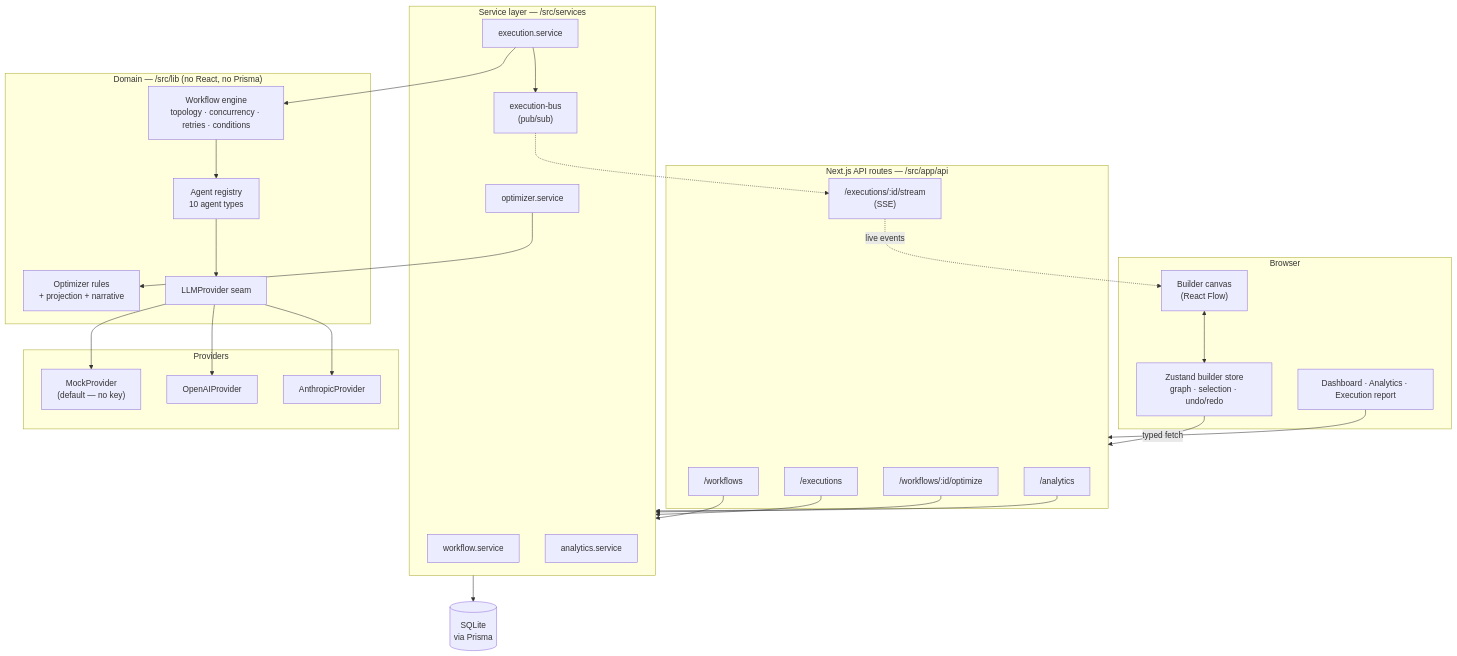
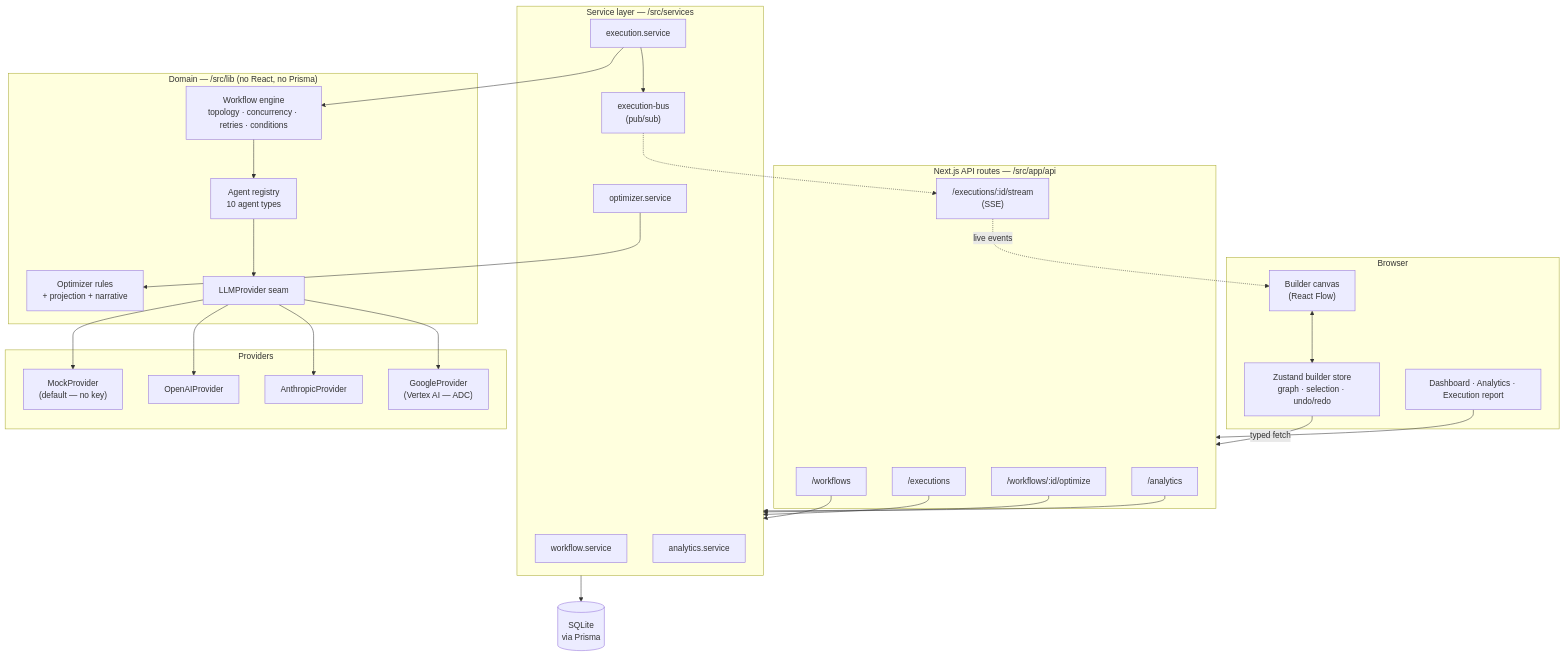
Before and after one commit to PMaruthiPrasad/Agentops-Studio: the diagram in README.md, drawn with Mermaid. The commit also changed other lines of this file and 23 other files, not shown here.

````diff
--- a/README.md
+++ b/README.md
@@ -46,53 +46,54 @@
 ```mermaid
 flowchart TB
     subgraph client["Browser"]
         canvas["Builder canvas<br/>(React Flow)"]
         store["Zustand builder store<br/>graph · selection · undo/redo"]
         views["Dashboard · Analytics · Execution report"]
         canvas <--> store
     end
 
     subgraph api["Next.js API routes — /src/app/api"]
         wf["/workflows"]
         ex["/executions"]
         stream["/executions/:id/stream<br/>(SSE)"]
         opt["/workflows/:id/optimize"]
         an["/analytics"]
     end
 
     subgraph services["Service layer — /src/services"]
         wsvc["workflow.service"]
         esvc["execution.service"]
         osvc["optimizer.service"]
         asvc["analytics.service"]
         bus["execution-bus<br/>(pub/sub)"]
     end
 
     subgraph domain["Domain — /src/lib (no React, no Prisma)"]
         engine["Workflow engine<br/>topology · concurrency · retries · conditions"]
         agents["Agent registry<br/>10 agent types"]
         optimizer["Optimizer rules<br/>+ projection + narrative"]
         providers["LLMProvider seam"]
     end
 
     subgraph ext["Providers"]
         mock["MockProvider<br/>(default — no key)"]
         openai["OpenAIProvider"]
         anthropic["AnthropicProvider"]
+        google["GoogleProvider<br/>(Vertex AI — ADC)"]
     end
 
     db[("SQLite<br/>via Prisma")]
 
     store -->|"typed fetch"| api
     views --> api
     stream -.->|"live events"| canvas
 
     wf & ex & opt & an --> services
     esvc --> engine
     esvc --> bus
     bus -.-> stream
     osvc --> optimizer
     engine --> agents --> providers
-    providers --> mock & openai & anthropic
+    providers --> mock & openai & anthropic & google
     services --> db
 ```
````
